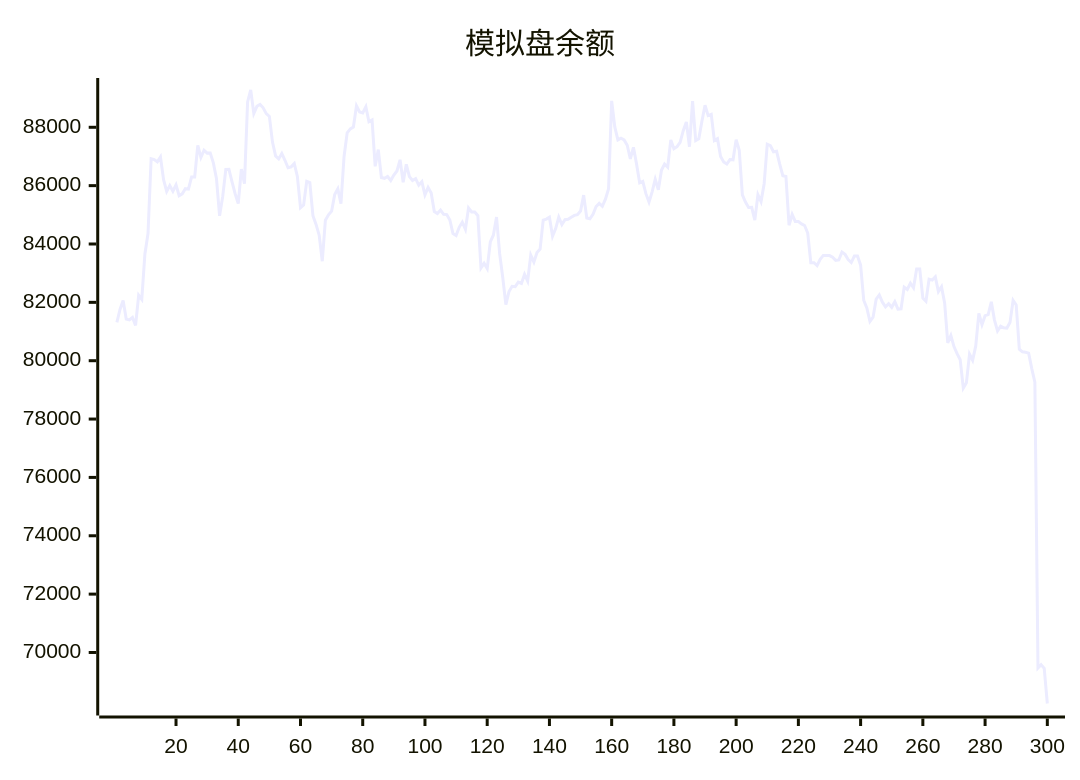
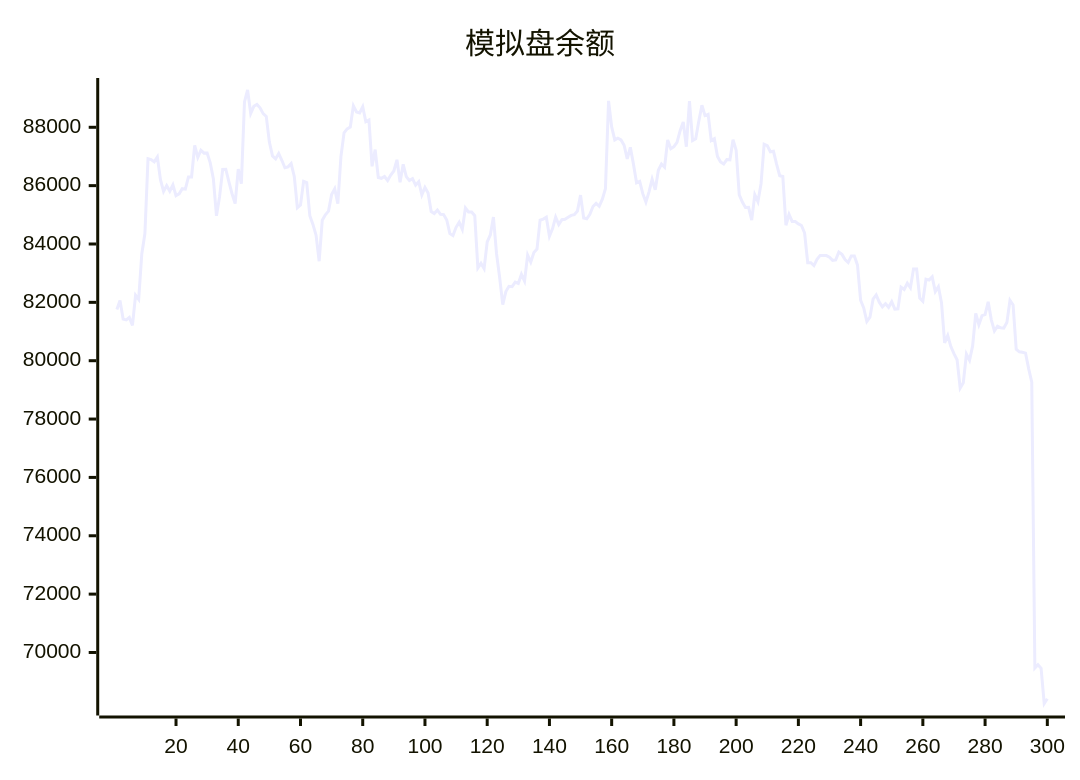
One commit to aahl/ai-trading changed the diagram in README.md. Above: the diagram before and after it, drawn with Mermaid. The commit also changed other lines of this file and 1 other file, not shown here.

````diff
--- a/README.md
+++ b/README.md
@@ -5,5 +5,5 @@
 ```mermaid
 xychart
     title "模拟盘余额"
-    line [81315,81756,82064,81426,81398,81481,81210,82242,82099,83658,84359,86925,86892,86814,86980,86203,85802,86003,85811,86028,85657,85721,85896,85880,86300,86299,87378,86965,87214,87115,87118,86780,86238,84966,85623,86555,86562,86129,85722,85387,86569,86070,88870,89278,88477,88720,88781,88668,88467,88372,87493,87018,86917,87102,86870,86613,86644,86758,86317,85242,85334,86149,86106,84968,84671,84302,83410,84816,85001,85127,85693,85891,85384,87001,87811,87945,88007,88734,88528,88495,88705,88189,88248,86662,87234,86279,86251,86314,86177,86364,86503,86886,86114,86731,86310,86176,86240,86017,86136,85685,85938,85749,85111,85044,85164,85016,85008,84824,84354,84287,84572,84745,84500,85234,85096,85095,84970,83180,83338,83157,84070,84309,84922,83667,82850,81924,82369,82552,82539,82695,82648,82962,82728,83619,83378,83710,83825,84819,84854,84917,84265,84527,84919,84668,84834,84850,84916,84981,85004,85131,85674,84891,84864,85019,85284,85393,85294,85538,85894,88904,88012,87567,87625,87568,87386,86920,87313,86737,86094,86143,85725,85437,85787,86219,85859,86526,86740,86630,87563,87264,87335,87483,87886,88180,87335,88894,87544,87608,88207,88755,88401,88444,87543,87608,87000,86810,86740,86894,86884,87576,87209,85686,85435,85251,85255,84820,85689,85453,86066,87420,87373,87161,87178,86740,86341,86315,84643,85012,84772,84768,84690,84635,84376,83360,83357,83259,83474,83608,83606,83602,83548,83440,83454,83724,83644,83464,83365,83590,83592,83275,82072,81806,81344,81492,82109,82254,82006,81848,81955,81829,82022,81769,81776,82522,82441,82656,82498,83144,83144,82150,82038,82797,82763,82872,82367,82536,81981,80612,80862,80484,80242,80034,79063,79245,80226,80016,80507,81625,81233,81544,81578,82016,81401,81019,81186,81130,81118,81306,82066,81909,80392,80304,80291,80258,79729,79261,69466,69579,69456,68251]
+    line [81756,82064,81426,81398,81481,81210,82242,82099,83658,84359,86925,86892,86814,86980,86203,85802,86003,85811,86028,85657,85721,85896,85880,86300,86299,87378,86965,87214,87115,87118,86780,86238,84966,85623,86555,86562,86129,85722,85387,86569,86070,88870,89278,88477,88720,88781,88668,88467,88372,87493,87018,86917,87102,86870,86613,86644,86758,86317,85242,85334,86149,86106,84968,84671,84302,83410,84816,85001,85127,85693,85891,85384,87001,87811,87945,88007,88734,88528,88495,88705,88189,88248,86662,87234,86279,86251,86314,86177,86364,86503,86886,86114,86731,86310,86176,86240,86017,86136,85685,85938,85749,85111,85044,85164,85016,85008,84824,84354,84287,84572,84745,84500,85234,85096,85095,84970,83180,83338,83157,84070,84309,84922,83667,82850,81924,82369,82552,82539,82695,82648,82962,82728,83619,83378,83710,83825,84819,84854,84917,84265,84527,84919,84668,84834,84850,84916,84981,85004,85131,85674,84891,84864,85019,85284,85393,85294,85538,85894,88904,88012,87567,87625,87568,87386,86920,87313,86737,86094,86143,85725,85437,85787,86219,85859,86526,86740,86630,87563,87264,87335,87483,87886,88180,87335,88894,87544,87608,88207,88755,88401,88444,87543,87608,87000,86810,86740,86894,86884,87576,87209,85686,85435,85251,85255,84820,85689,85453,86066,87420,87373,87161,87178,86740,86341,86315,84643,85012,84772,84768,84690,84635,84376,83360,83357,83259,83474,83608,83606,83602,83548,83440,83454,83724,83644,83464,83365,83590,83592,83275,82072,81806,81344,81492,82109,82254,82006,81848,81955,81829,82022,81769,81776,82522,82441,82656,82498,83144,83144,82150,82038,82797,82763,82872,82367,82536,81981,80612,80862,80484,80242,80034,79063,79245,80226,80016,80507,81625,81233,81544,81578,82016,81401,81019,81186,81130,81118,81306,82066,81909,80392,80304,80291,80258,79729,79261,69466,69579,69456,68251,68415]
 ```
````
